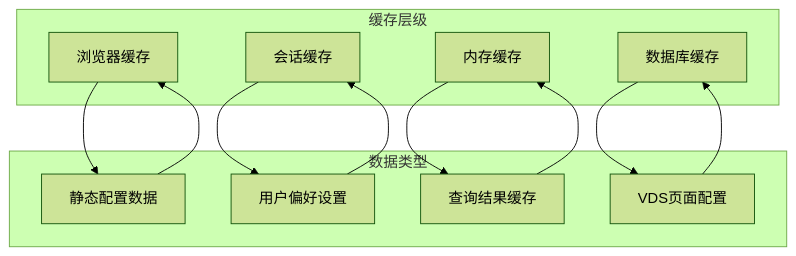
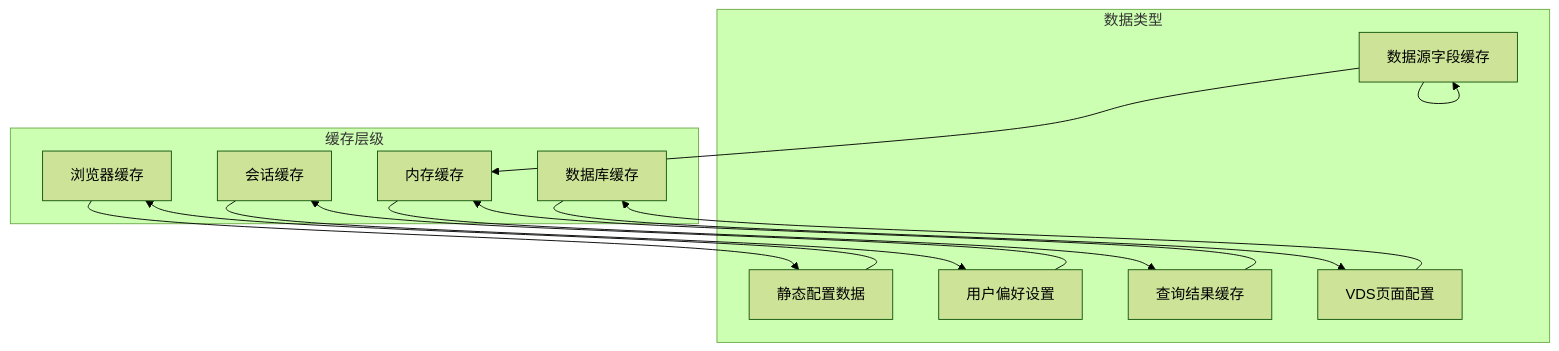
One commit to Sosososolong/AirGo changed diagram 13 of 13 in .qoder/repowiki/zh/content/VDS字段配置系统.md. Above: the diagram before and after it, drawn with Mermaid (forest theme). The commit also changed other lines of this file and 4 other files, not shown here.

````diff
--- a/.qoder/repowiki/zh/content/VDS字段配置系统.md
+++ b/.qoder/repowiki/zh/content/VDS字段配置系统.md
@@ -467,23 +596,26 @@
 ```mermaid
 graph TD
 subgraph "缓存层级"
 BrowserCache[浏览器缓存]
 SessionCache[会话缓存]
 MemoryCache[内存缓存]
 DatabaseCache[数据库缓存]
 end
 subgraph "数据类型"
 StaticData[静态配置数据]
 UserPref[用户偏好设置]
 QueryResult[查询结果缓存]
 PageConfig[VDS页面配置]
+DataSourceCache[数据源字段缓存]
 end
 BrowserCache --> StaticData
 SessionCache --> UserPref
 MemoryCache --> QueryResult
 DatabaseCache --> PageConfig
+DataSourceCache --> DataSourceCache
 StaticData --> BrowserCache
 UserPref --> SessionCache
 QueryResult --> MemoryCache
 PageConfig --> DatabaseCache
+DataSourceCache --> MemoryCache
 ```
````
